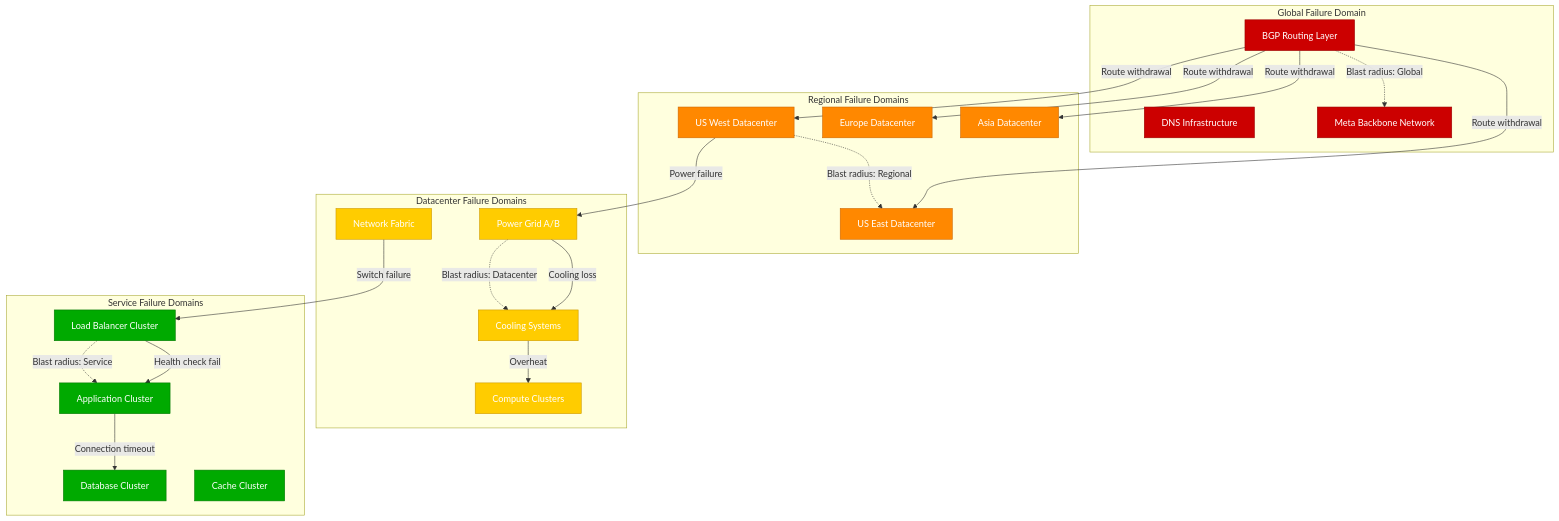
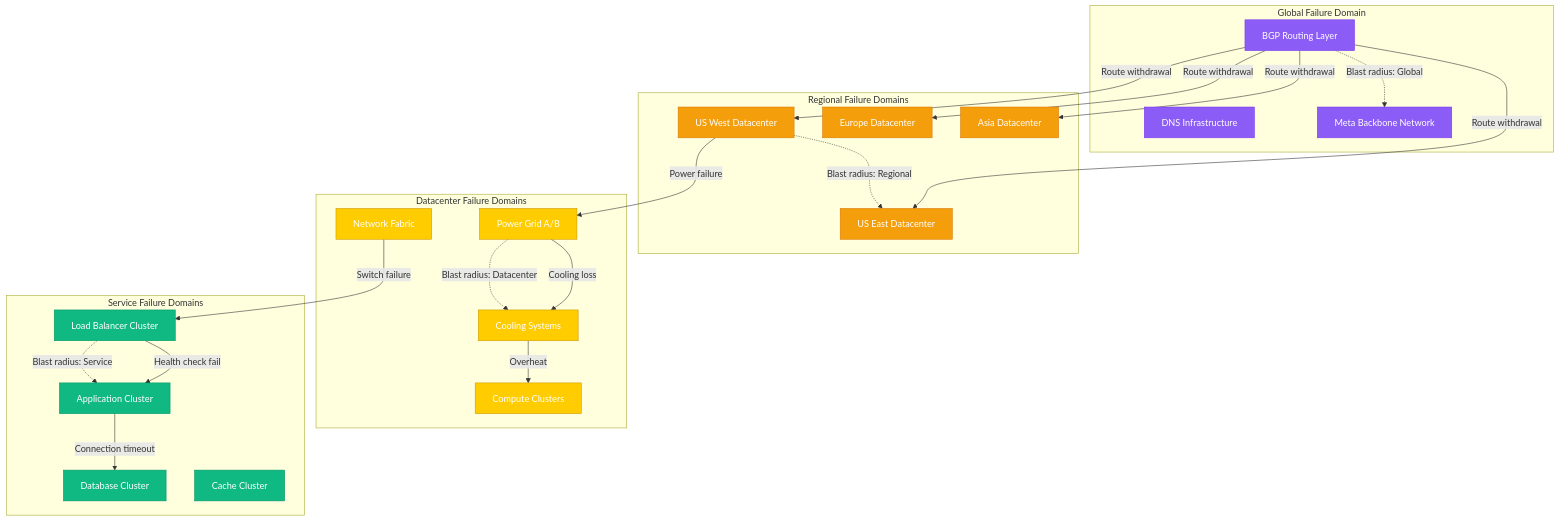
Before and after one commit to deepaucksharma/DS: the first of 9 diagrams in site/docs/systems/meta/failure-domains.md, drawn with Mermaid. The commit also changed other lines of this file and 303 other files, not shown here.

````diff
--- a/site/docs/systems/meta/failure-domains.md
+++ b/site/docs/systems/meta/failure-domains.md
@@ -9,60 +9,60 @@
 ```mermaid
 graph TB
     subgraph Global[Global Failure Domain]
         BGP[BGP Routing Layer]
         DNS[DNS Infrastructure]
         BACKBONE[Meta Backbone Network]
     end
 
     subgraph Regional[Regional Failure Domains]
         DC_US_WEST[US West Datacenter]
         DC_US_EAST[US East Datacenter]
         DC_EUROPE[Europe Datacenter]
         DC_ASIA[Asia Datacenter]
     end
 
     subgraph Datacenter[Datacenter Failure Domains]
         POWER[Power Grid A/B]
         COOLING[Cooling Systems]
         NETWORK[Network Fabric]
         COMPUTE[Compute Clusters]
     end
 
     subgraph Service[Service Failure Domains]
         LB_CLUSTER[Load Balancer Cluster]
         APP_CLUSTER[Application Cluster]
         DB_CLUSTER[Database Cluster]
         CACHE_CLUSTER[Cache Cluster]
     end
 
     %% Failure cascades
     BGP -->|"Route withdrawal"| DC_US_WEST
     BGP -->|"Route withdrawal"| DC_US_EAST
     BGP -->|"Route withdrawal"| DC_EUROPE
     BGP -->|"Route withdrawal"| DC_ASIA
 
     DC_US_WEST -->|"Power failure"| POWER
     POWER -->|"Cooling loss"| COOLING
     COOLING -->|"Overheat"| COMPUTE
 
     NETWORK -->|"Switch failure"| LB_CLUSTER
     LB_CLUSTER -->|"Health check fail"| APP_CLUSTER
     APP_CLUSTER -->|"Connection timeout"| DB_CLUSTER
 
     %% Blast radius annotations
     BGP -.->|"Blast radius: Global"| BACKBONE
     DC_US_WEST -.->|"Blast radius: Regional"| DC_US_EAST
     POWER -.->|"Blast radius: Datacenter"| COOLING
     LB_CLUSTER -.->|"Blast radius: Service"| APP_CLUSTER
 
     %% Apply colors for failure severity
-    classDef criticalStyle fill:#CC0000,stroke:#990000,color:#fff
-    classDef highStyle fill:#FF8800,stroke:#CC6600,color:#fff
+    classDef criticalStyle fill:#8B5CF6,stroke:#7C3AED,color:#fff
+    classDef highStyle fill:#F59E0B,stroke:#D97706,color:#fff
     classDef mediumStyle fill:#FFCC00,stroke:#CC9900,color:#fff
-    classDef lowStyle fill:#00AA00,stroke:#007700,color:#fff
+    classDef lowStyle fill:#10B981,stroke:#059669,color:#fff
 
     class BGP,DNS,BACKBONE criticalStyle
     class DC_US_WEST,DC_US_EAST,DC_EUROPE,DC_ASIA highStyle
     class POWER,COOLING,NETWORK,COMPUTE mediumStyle
     class LB_CLUSTER,APP_CLUSTER,DB_CLUSTER,CACHE_CLUSTER lowStyle
 ```
````
